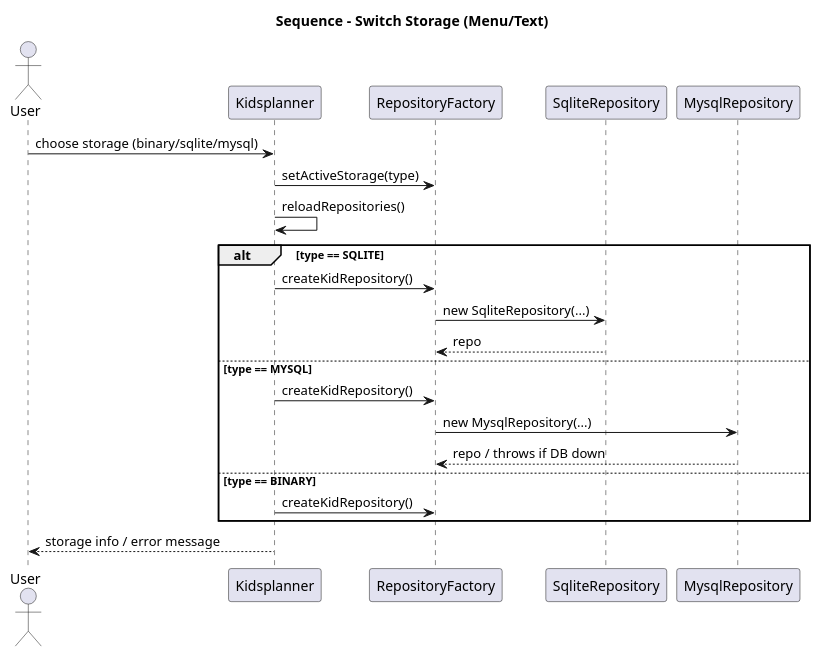
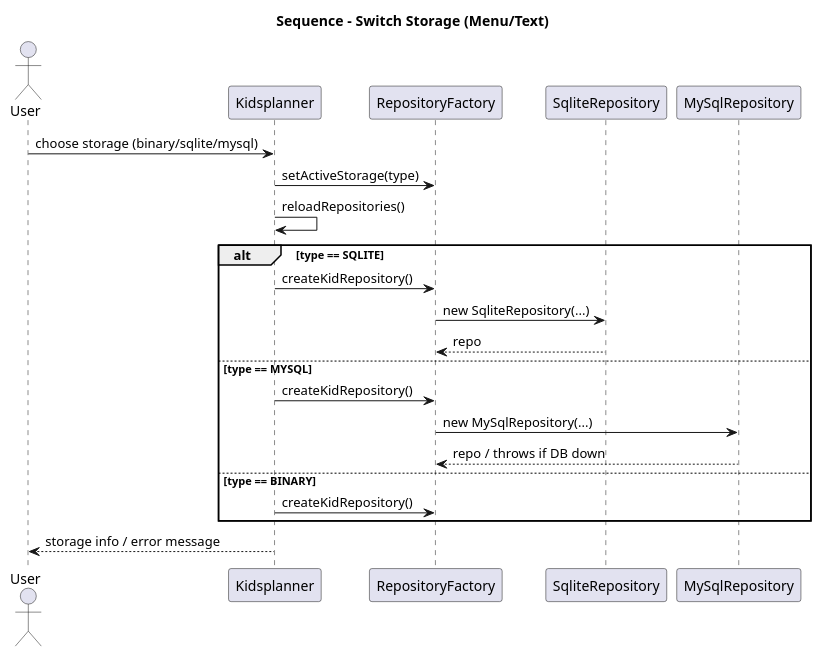
Before and after one commit to eceiremsas/cen206-2025-2026-16-eceirem-sas-java: the diagram in design/plantuml/seq-2-switch-storage.puml, drawn with PlantUML. The commit also changed 13 other files, not shown here.

Commit message:
build(coverage): exclude MySqlRepository from JaCoCo

```diff
--- a/design/plantuml/seq-2-switch-storage.puml
+++ b/design/plantuml/seq-2-switch-storage.puml
@@ -1,28 +1,28 @@
 @startuml
 title Sequence - Switch Storage (Menu/Text)
 
 actor User
 participant "Kidsplanner" as KP
 participant "RepositoryFactory" as RF
 participant "SqliteRepository" as SR
-participant "MysqlRepository" as MR
+participant "MySqlRepository" as MR
 
 User -> KP : choose storage (binary/sqlite/mysql)
 KP -> RF : setActiveStorage(type)
 KP -> KP : reloadRepositories()
 
 alt type == SQLITE
   KP -> RF : createKidRepository()
   RF -> SR : new SqliteRepository(...)
   SR --> RF : repo
 else type == MYSQL
   KP -> RF : createKidRepository()
-  RF -> MR : new MysqlRepository(...)
+  RF -> MR : new MySqlRepository(...)
   MR --> RF : repo / throws if DB down
 else type == BINARY
   KP -> RF : createKidRepository()
 end
 
 KP --> User : storage info / error message
 
 @enduml
```
